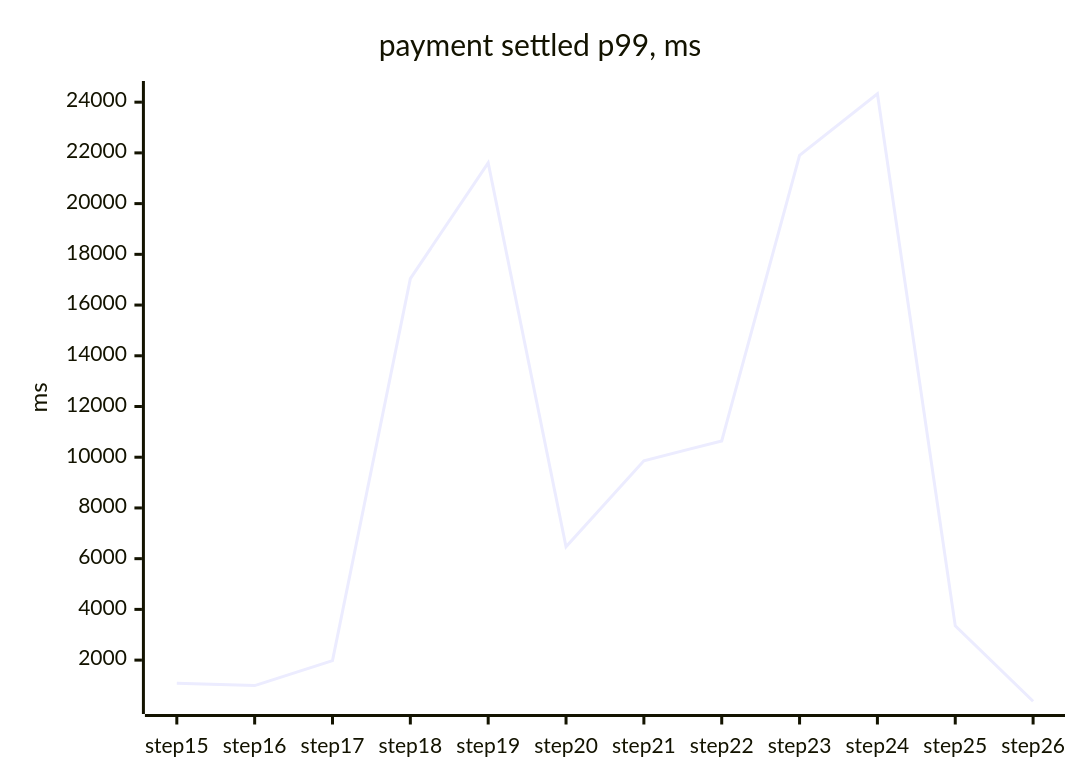
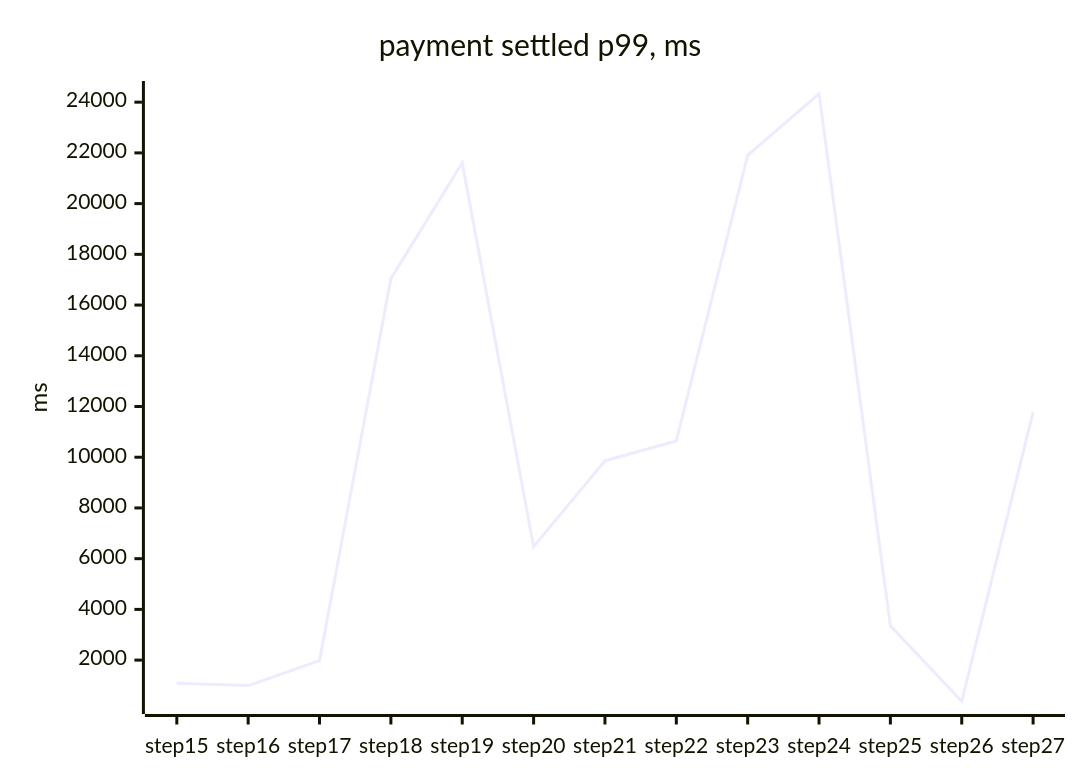
The fourth of 4 diagrams in docs/perf/README.md (tanvoid0/ledgerflow), drawn with Mermaid before and after one commit. The commit also changed other lines of this file and 5 other files, not shown here.

````diff
--- a/docs/perf/README.md
+++ b/docs/perf/README.md
@@ -114,7 +118,7 @@
 ```mermaid
 xychart-beta
     title "payment settled p99, ms"
-    x-axis ["step15", "step16", "step17", "step18", "step19", "step20", "step21", "step22", "step23", "step24", "step25", "step26"]
+    x-axis ["step15", "step16", "step17", "step18", "step19", "step20", "step21", "step22", "step23", "step24", "step25", "step26", "step27"]
     y-axis "ms"
-    line [1088, 996, 1982, 17042, 21606, 6472, 9862, 10643, 21902, 24332, 3351, 378]
+    line [1088, 996, 1982, 17042, 21606, 6472, 9862, 10643, 21902, 24332, 3351, 378, 11782]
 ```
````
